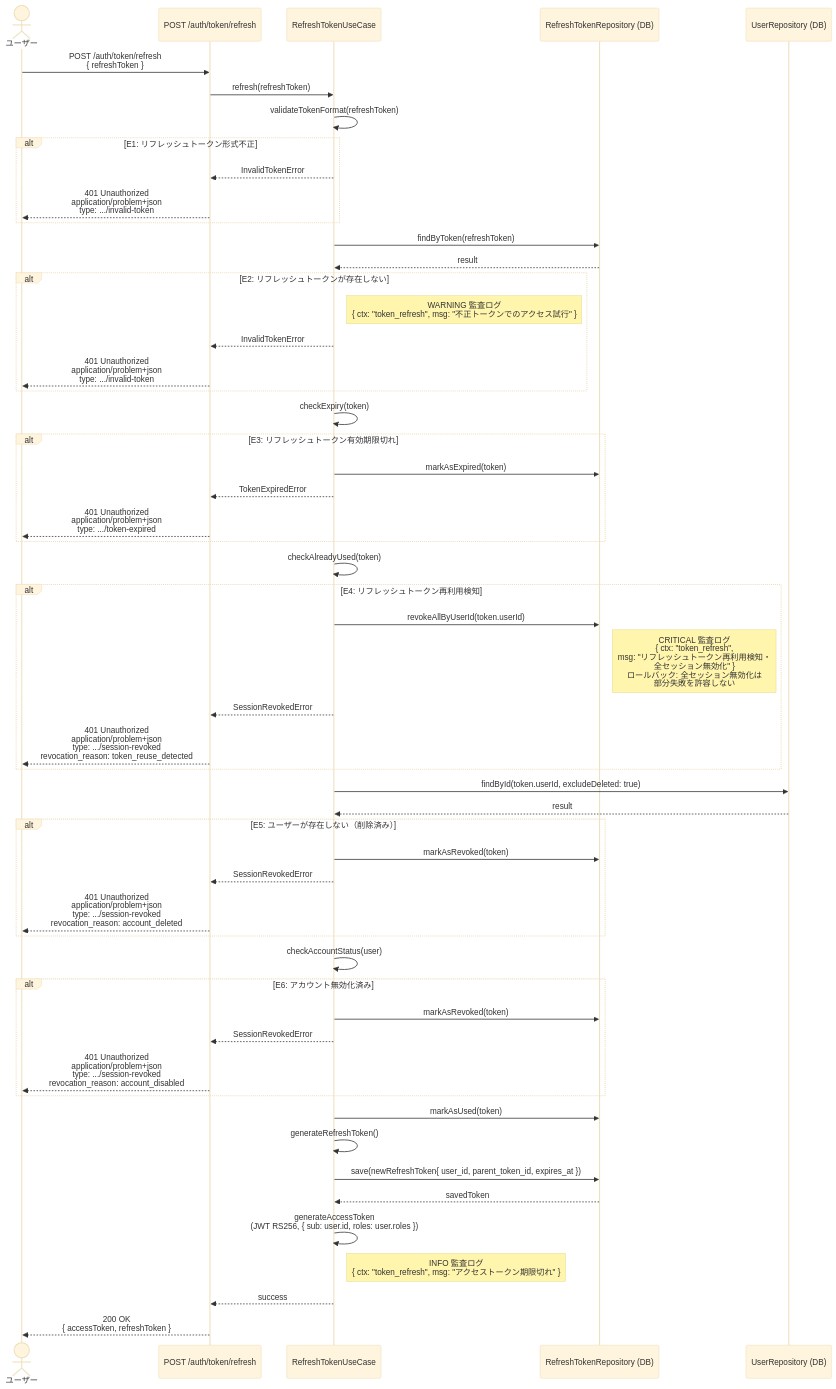
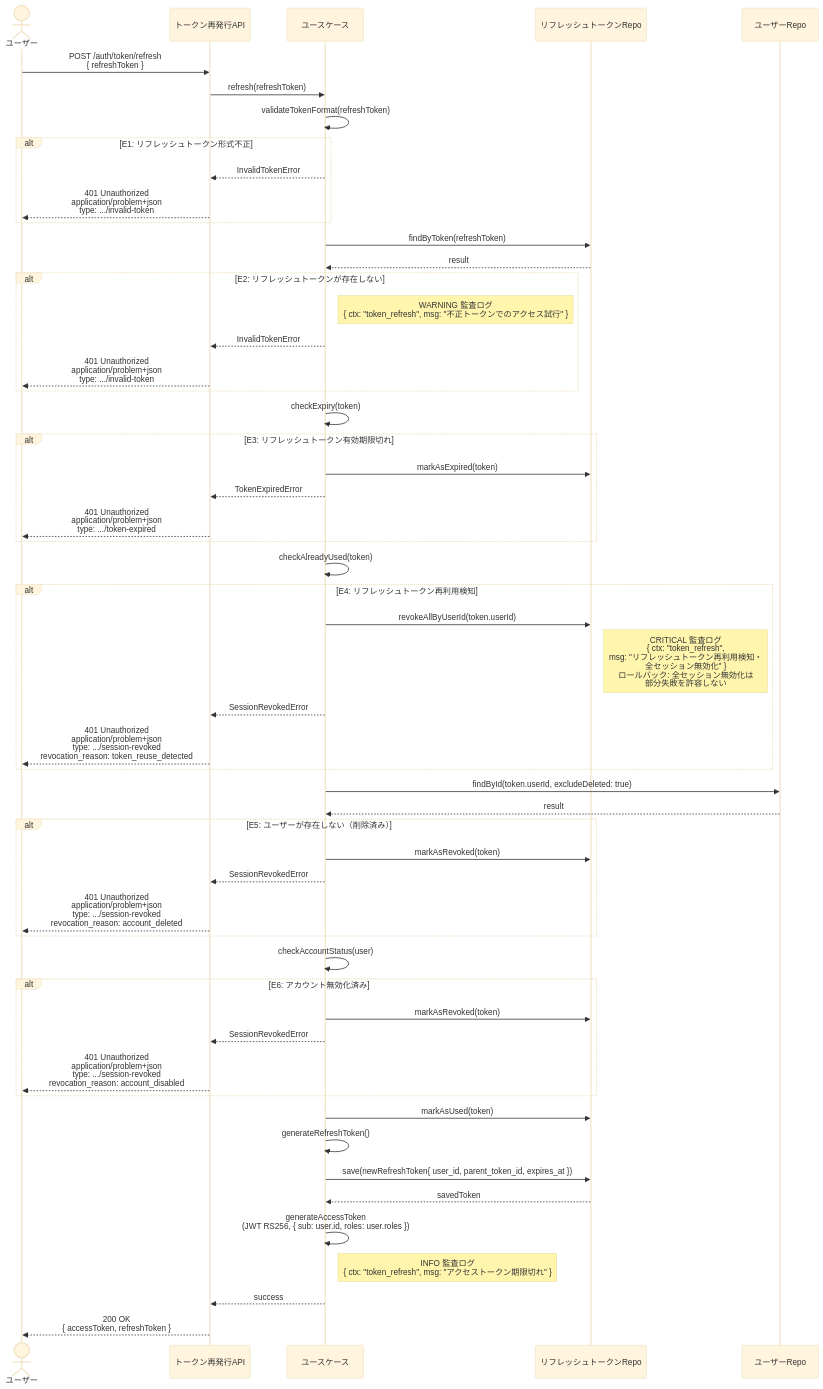
The second of 2 diagrams in .docs/design/buc/BUC-U05.md (suunet/POC_HYDRA_AUTH), drawn with Mermaid (base theme) before and after one commit. The commit also changed 15 other files, not shown here.

````diff
--- a/.docs/design/buc/BUC-U05.md
+++ b/.docs/design/buc/BUC-U05.md
@@ -126,56 +126,56 @@
 ```mermaid
 sequenceDiagram
-  actor ユーザー as ユーザー
-  participant トークン再発行API as POST /auth/token/refresh
-  participant ユースケース as RefreshTokenUseCase
-  participant リフレッシュトークンRepo as RefreshTokenRepository (DB)
-  participant ユーザーRepo as UserRepository (DB)
-  ユーザー->>トークン再発行API: POST /auth/token/refresh<br/>{ refreshToken }
-  トークン再発行API->>ユースケース: refresh(refreshToken)
-  ユースケース->>ユースケース: validateTokenFormat(refreshToken)
+  actor User as ユーザー
+  participant RefreshAPI as トークン再発行API
+  participant UseCase as ユースケース
+  participant RefreshRepo as リフレッシュトークンRepo
+  participant UserRepo as ユーザーRepo
+  User->>RefreshAPI: POST /auth/token/refresh<br/>{ refreshToken }
+  RefreshAPI->>UseCase: refresh(refreshToken)
+  UseCase->>UseCase: validateTokenFormat(refreshToken)
   alt E1: リフレッシュトークン形式不正
-  ユースケース-->>トークン再発行API: InvalidTokenError
-  トークン再発行API-->>ユーザー: 401 Unauthorized<br/>application/problem+json<br/>type: .../invalid-token
+  UseCase-->>RefreshAPI: InvalidTokenError
+  RefreshAPI-->>User: 401 Unauthorized<br/>application/problem+json<br/>type: .../invalid-token
   end
-  ユースケース->>リフレッシュトークンRepo: findByToken(refreshToken)
-  リフレッシュトークンRepo-->>ユースケース: result
+  UseCase->>RefreshRepo: findByToken(refreshToken)
+  RefreshRepo-->>UseCase: result
   alt E2: リフレッシュトークンが存在しない
-  Note right of ユースケース: WARNING 監査ログ<br/>{ ctx: "token_refresh", msg: "不正トークンでのアクセス試行" }
-  ユースケース-->>トークン再発行API: InvalidTokenError
-  トークン再発行API-->>ユーザー: 401 Unauthorized<br/>application/problem+json<br/>type: .../invalid-token
+  Note right of UseCase: WARNING 監査ログ<br/>{ ctx: "token_refresh", msg: "不正トークンでのアクセス試行" }
+  UseCase-->>RefreshAPI: InvalidTokenError
+  RefreshAPI-->>User: 401 Unauthorized<br/>application/problem+json<br/>type: .../invalid-token
   end
-  ユースケース->>ユースケース: checkExpiry(token)
+  UseCase->>UseCase: checkExpiry(token)
   alt E3: リフレッシュトークン有効期限切れ
-  ユースケース->>リフレッシュトークンRepo: markAsExpired(token)
-  ユースケース-->>トークン再発行API: TokenExpiredError
-  トークン再発行API-->>ユーザー: 401 Unauthorized<br/>application/problem+json<br/>type: .../token-expired
+  UseCase->>RefreshRepo: markAsExpired(token)
+  UseCase-->>RefreshAPI: TokenExpiredError
+  RefreshAPI-->>User: 401 Unauthorized<br/>application/problem+json<br/>type: .../token-expired
   end
-  ユースケース->>ユースケース: checkAlreadyUsed(token)
+  UseCase->>UseCase: checkAlreadyUsed(token)
   alt E4: リフレッシュトークン再利用検知
-  ユースケース->>リフレッシュトークンRepo: revokeAllByUserId(token.userId)
-  Note right of リフレッシュトークンRepo: CRITICAL 監査ログ<br/>{ ctx: "token_refresh",<br/>msg: "リフレッシュトークン再利用検知・<br/>全セッション無効化" }<br/>ロールバック: 全セッション無効化は<br/>部分失敗を許容しない
-  ユースケース-->>トークン再発行API: SessionRevokedError
-  トークン再発行API-->>ユーザー: 401 Unauthorized<br/>application/problem+json<br/>type: .../session-revoked<br/>revocation_reason: token_reuse_detected
+  UseCase->>RefreshRepo: revokeAllByUserId(token.userId)
+  Note right of RefreshRepo: CRITICAL 監査ログ<br/>{ ctx: "token_refresh",<br/>msg: "リフレッシュトークン再利用検知・<br/>全セッション無効化" }<br/>ロールバック: 全セッション無効化は<br/>部分失敗を許容しない
+  UseCase-->>RefreshAPI: SessionRevokedError
+  RefreshAPI-->>User: 401 Unauthorized<br/>application/problem+json<br/>type: .../session-revoked<br/>revocation_reason: token_reuse_detected
   end
-  ユースケース->>ユーザーRepo: findById(token.userId, excludeDeleted: true)
-  ユーザーRepo-->>ユースケース: result
+  UseCase->>UserRepo: findById(token.userId, excludeDeleted: true)
+  UserRepo-->>UseCase: result
   alt E5: ユーザーが存在しない（削除済み）
-  ユースケース->>リフレッシュトークンRepo: markAsRevoked(token)
-  ユースケース-->>トークン再発行API: SessionRevokedError
-  トークン再発行API-->>ユーザー: 401 Unauthorized<br/>application/problem+json<br/>type: .../session-revoked<br/>revocation_reason: account_deleted
+  UseCase->>RefreshRepo: markAsRevoked(token)
+  UseCase-->>RefreshAPI: SessionRevokedError
+  RefreshAPI-->>User: 401 Unauthorized<br/>application/problem+json<br/>type: .../session-revoked<br/>revocation_reason: account_deleted
   end
-  ユースケース->>ユースケース: checkAccountStatus(user)
+  UseCase->>UseCase: checkAccountStatus(user)
   alt E6: アカウント無効化済み
-  ユースケース->>リフレッシュトークンRepo: markAsRevoked(token)
-  ユースケース-->>トークン再発行API: SessionRevokedError
-  トークン再発行API-->>ユーザー: 401 Unauthorized<br/>application/problem+json<br/>type: .../session-revoked<br/>revocation_reason: account_disabled
+  UseCase->>RefreshRepo: markAsRevoked(token)
+  UseCase-->>RefreshAPI: SessionRevokedError
+  RefreshAPI-->>User: 401 Unauthorized<br/>application/problem+json<br/>type: .../session-revoked<br/>revocation_reason: account_disabled
   end
-  ユースケース->>リフレッシュトークンRepo: markAsUsed(token)
-  ユースケース->>ユースケース: generateRefreshToken()
-  ユースケース->>リフレッシュトークンRepo: save(newRefreshToken{ user_id, parent_token_id, expires_at })
-  リフレッシュトークンRepo-->>ユースケース: savedToken
-  ユースケース->>ユースケース: generateAccessToken<br/>(JWT RS256, { sub: user.id, roles: user.roles })
-  Note right of ユースケース: INFO 監査ログ<br/>{ ctx: "token_refresh", msg: "アクセストークン期限切れ" }
-  ユースケース-->>トークン再発行API: success
-  トークン再発行API-->>ユーザー: 200 OK<br/>{ accessToken, refreshToken }
+  UseCase->>RefreshRepo: markAsUsed(token)
+  UseCase->>UseCase: generateRefreshToken()
+  UseCase->>RefreshRepo: save(newRefreshToken{ user_id, parent_token_id, expires_at })
+  RefreshRepo-->>UseCase: savedToken
+  UseCase->>UseCase: generateAccessToken<br/>(JWT RS256, { sub: user.id, roles: user.roles })
+  Note right of UseCase: INFO 監査ログ<br/>{ ctx: "token_refresh", msg: "アクセストークン期限切れ" }
+  UseCase-->>RefreshAPI: success
+  RefreshAPI-->>User: 200 OK<br/>{ accessToken, refreshToken }
 ```
````
